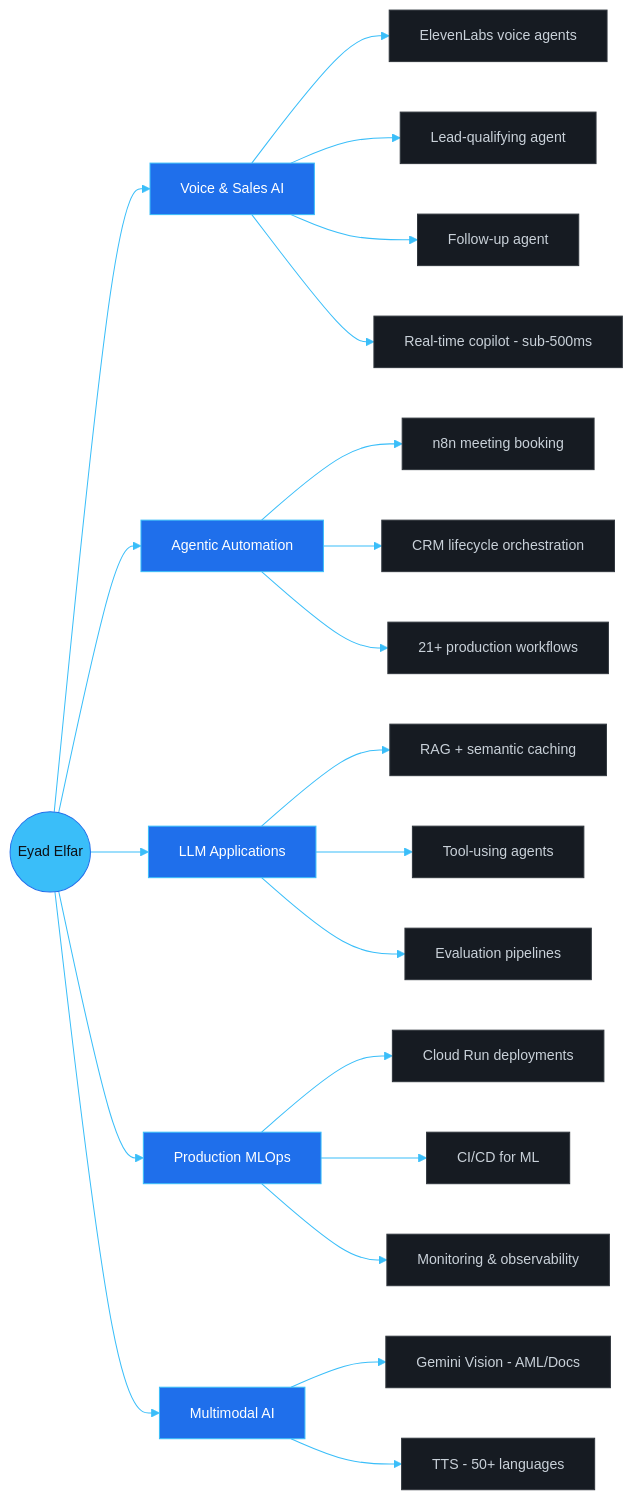
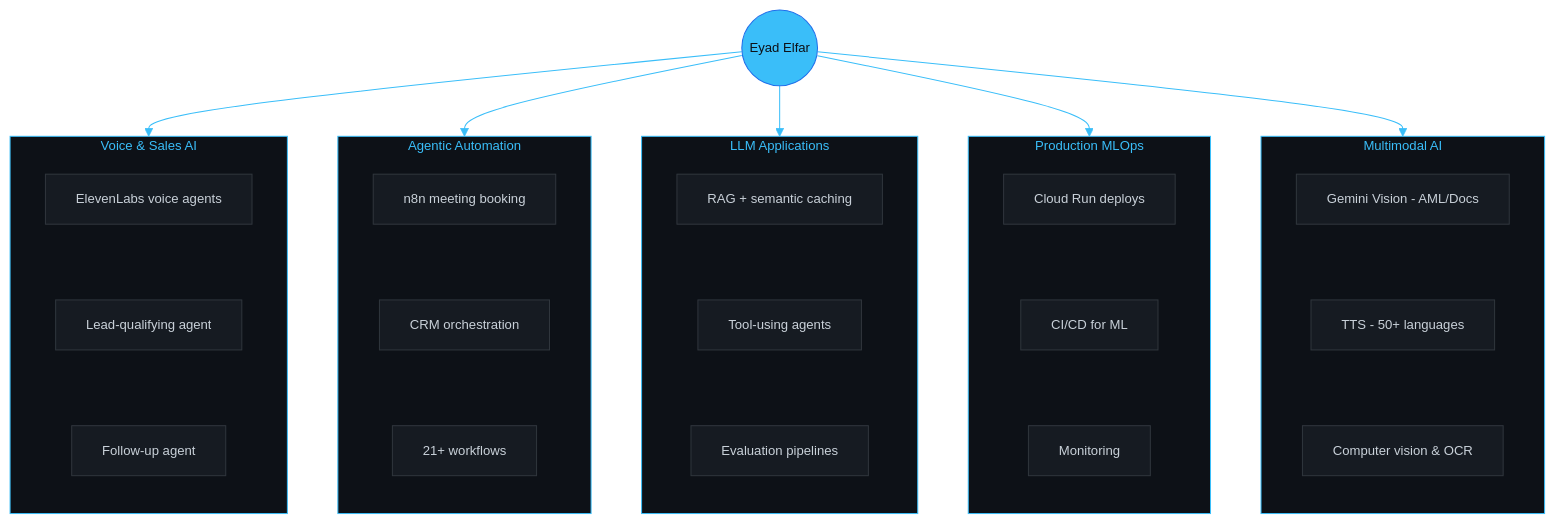
Before and after one commit to eyadelfar/eyadelfar: the diagram in README.md, drawn with Mermaid.

````diff
--- a/README.md
+++ b/README.md
@@ -377,34 +377,51 @@
 ```mermaid
-%%{init: {'theme':'base','themeVariables':{'fontFamily':'monospace','fontSize':'14px','lineColor':'#3ABEF9','clusterBkg':'#0D1117'}}}%%
-graph LR
+%%{init: {'theme':'base','themeVariables':{'fontFamily':'monospace','fontSize':'13px','lineColor':'#3ABEF9'}}}%%
+flowchart TB
     R(("Eyad Elfar")):::root
 
-    R --> A["Voice & Sales AI"]:::cat
-    A --> A1["ElevenLabs voice agents"]:::leaf
-    A --> A2["Lead-qualifying agent"]:::leaf
-    A --> A3["Follow-up agent"]:::leaf
-    A --> A4["Real-time copilot - sub-500ms"]:::leaf
+    R --> S1 & S2 & S3 & S4 & S5
 
-    R --> B["Agentic Automation"]:::cat
-    B --> B1["n8n meeting booking"]:::leaf
-    B --> B2["CRM lifecycle orchestration"]:::leaf
-    B --> B3["21+ production workflows"]:::leaf
-
-    R --> C["LLM Applications"]:::cat
-    C --> C1["RAG + semantic caching"]:::leaf
-    C --> C2["Tool-using agents"]:::leaf
-    C --> C3["Evaluation pipelines"]:::leaf
-
-    R --> D["Production MLOps"]:::cat
-    D --> D1["Cloud Run deployments"]:::leaf
-    D --> D2["CI/CD for ML"]:::leaf
-    D --> D3["Monitoring & observability"]:::leaf
-
-    R --> E["Multimodal AI"]:::cat
-    E --> E1["Gemini Vision - AML/Docs"]:::leaf
-    E --> E2["TTS - 50+ languages"]:::leaf
+    subgraph S1["Voice & Sales AI"]
+        direction TB
+        A1["ElevenLabs voice agents"]:::leaf
+        A2["Lead-qualifying agent"]:::leaf
+        A3["Follow-up agent"]:::leaf
+        A1 ~~~ A2 ~~~ A3
+    end
+    subgraph S2["Agentic Automation"]
+        direction TB
+        B1["n8n meeting booking"]:::leaf
+        B2["CRM orchestration"]:::leaf
+        B3["21+ workflows"]:::leaf
+        B1 ~~~ B2 ~~~ B3
+    end
+    subgraph S3["LLM Applications"]
+        direction TB
+        C1["RAG + semantic caching"]:::leaf
+        C2["Tool-using agents"]:::leaf
+        C3["Evaluation pipelines"]:::leaf
+        C1 ~~~ C2 ~~~ C3
+    end
+    subgraph S4["Production MLOps"]
+        direction TB
+        D1["Cloud Run deploys"]:::leaf
+        D2["CI/CD for ML"]:::leaf
+        D3["Monitoring"]:::leaf
+        D1 ~~~ D2 ~~~ D3
+    end
+    subgraph S5["Multimodal AI"]
+        direction TB
+        E1["Gemini Vision - AML/Docs"]:::leaf
+        E2["TTS - 50+ languages"]:::leaf
+        E3["Computer vision & OCR"]:::leaf
+        E1 ~~~ E2 ~~~ E3
+    end
 
     classDef root fill:#3ABEF9,stroke:#1F6FEB,color:#0D1117;
-    classDef cat fill:#1F6FEB,stroke:#3ABEF9,color:#ffffff;
     classDef leaf fill:#161B22,stroke:#30363D,color:#C9D1D9;
+    style S1 fill:#0D1117,stroke:#3ABEF9,color:#3ABEF9;
+    style S2 fill:#0D1117,stroke:#3ABEF9,color:#3ABEF9;
+    style S3 fill:#0D1117,stroke:#3ABEF9,color:#3ABEF9;
+    style S4 fill:#0D1117,stroke:#3ABEF9,color:#3ABEF9;
+    style S5 fill:#0D1117,stroke:#3ABEF9,color:#3ABEF9;
 ```
````
